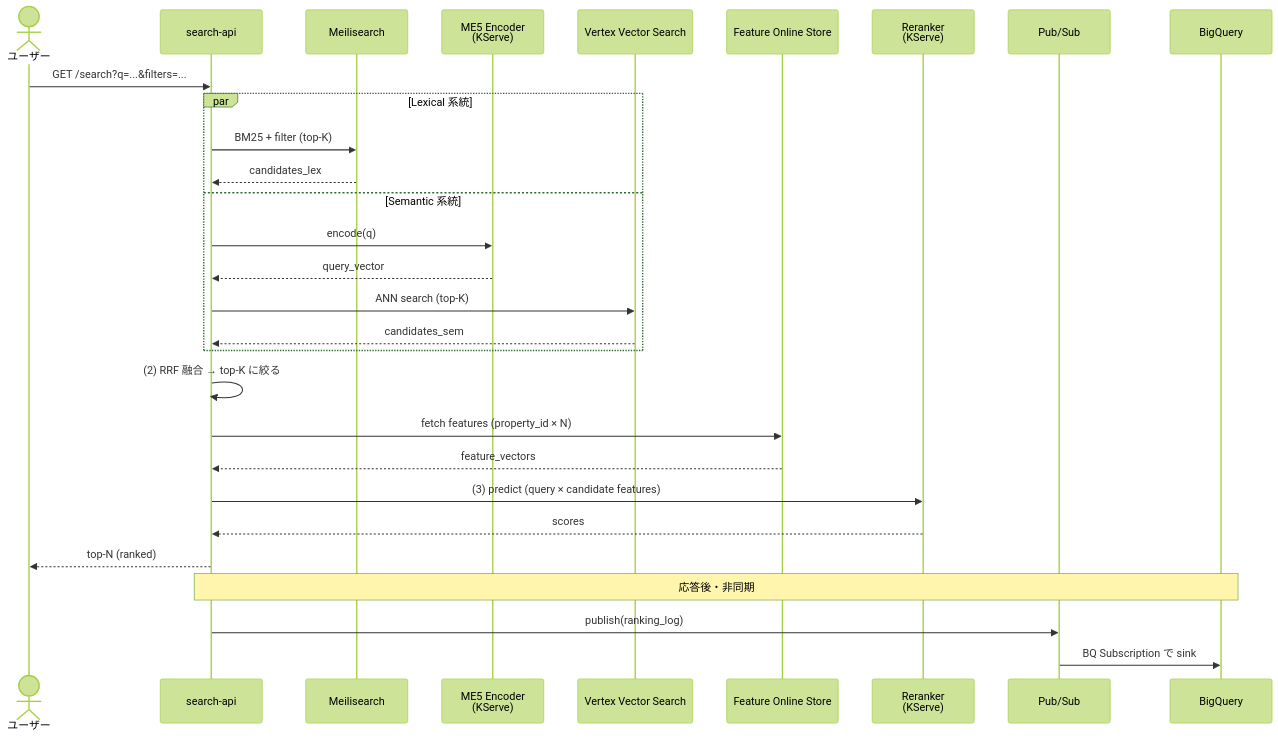
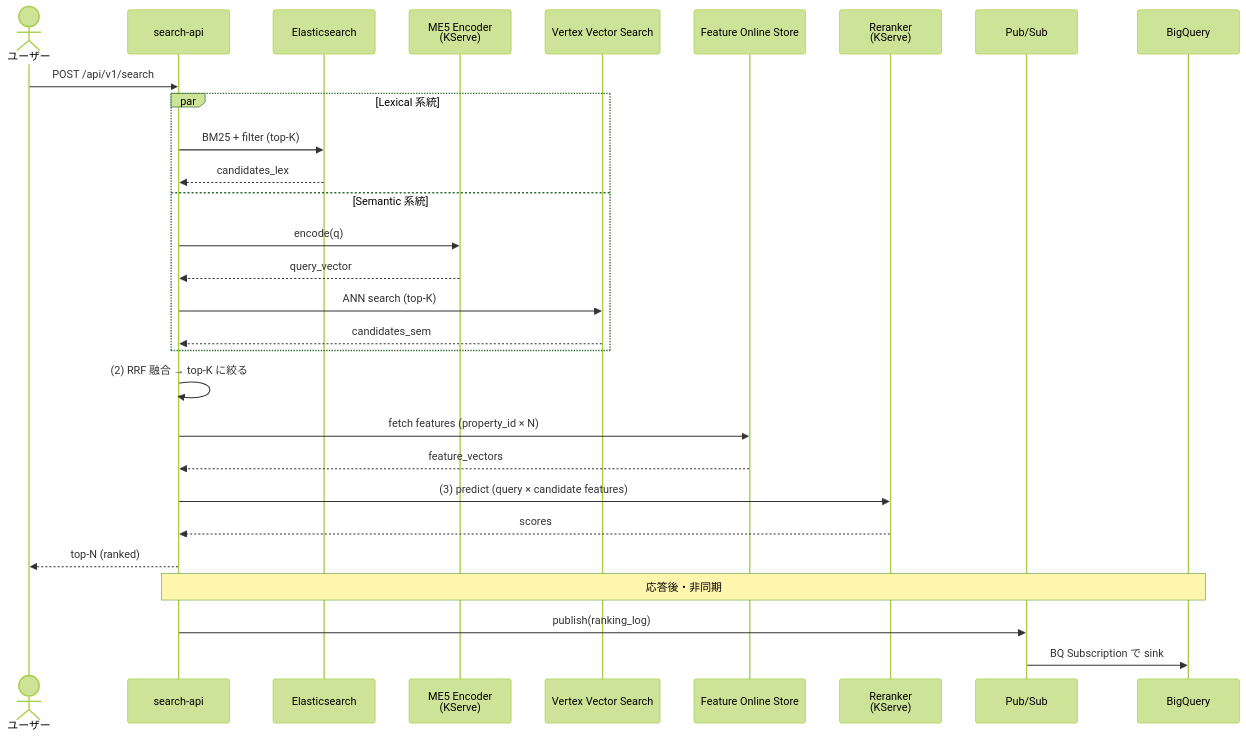
The second of 5 diagrams in docs/architecture/01_仕様と設計.md (kurosawa-kuro/study-gcp-search-mlops-gke), drawn with Mermaid (forest theme) before and after one commit. The commit also changed other lines of this file and 13 other files, not shown here.

````diff
--- a/docs/architecture/01_仕様と設計.md
+++ b/docs/architecture/01_仕様と設計.md
@@ -132,33 +132,33 @@
 ```mermaid
 sequenceDiagram
     actor User as ユーザー
     participant API as search-api
-    participant Mei as Meilisearch
+    participant Mei as Elasticsearch
     participant Enc as ME5 Encoder<br/>(KServe)
     participant VVS as Vertex Vector Search
     participant FOS as Feature Online Store
     participant RR as Reranker<br/>(KServe)
     participant PS as Pub/Sub
     participant BQ as BigQuery
 
-    User->>API: GET /search?q=...&filters=...
+    User->>API: POST /api/v1/search
     par Lexical 系統
         API->>Mei: BM25 + filter (top-K)
         Mei-->>API: candidates_lex
     and Semantic 系統
         API->>Enc: encode(q)
         Enc-->>API: query_vector
         API->>VVS: ANN search (top-K)
         VVS-->>API: candidates_sem
     end
     API->>API: (2) RRF 融合 → top-K に絞る
     API->>FOS: fetch features (property_id × N)
     FOS-->>API: feature_vectors
     API->>RR: (3) predict (query × candidate features)
     RR-->>API: scores
     API-->>User: top-N (ranked)
 
     Note over API,BQ: 応答後・非同期
     API->>PS: publish(ranking_log)
     PS->>BQ: BQ Subscription で sink
 ```
````
